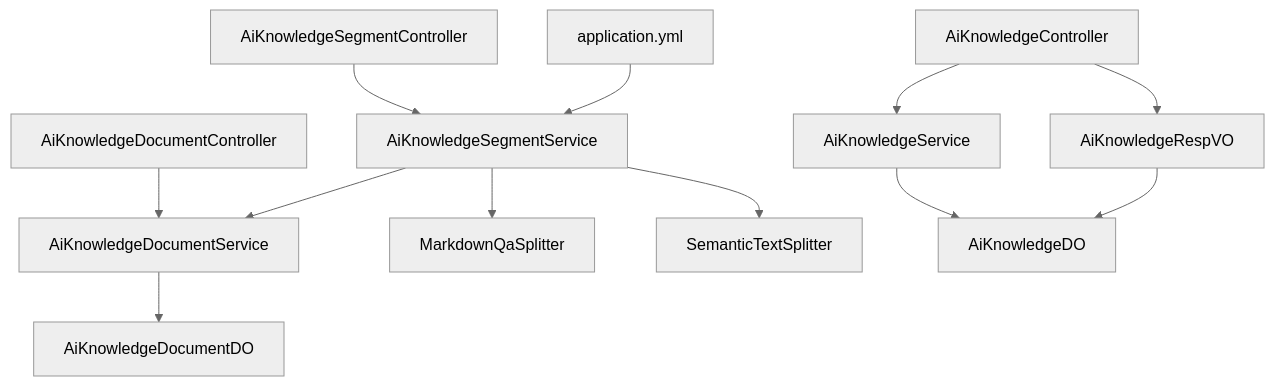
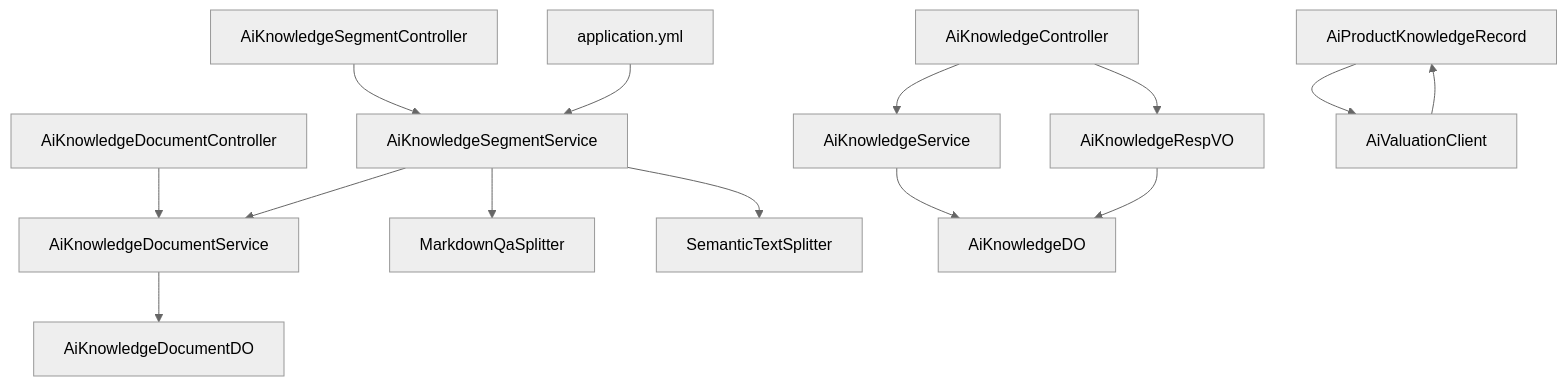
Before and after one commit to X555LB/data-ai: the ninth of 9 diagrams in .qoder/repowiki/zh/content/知识库管理系统/知识库管理系统.md, drawn with Mermaid (neutral theme). The commit also changed other lines of this file and 11 other files, not shown here.

````diff
--- a/.qoder/repowiki/zh/content/知识库管理系统/知识库管理系统.md
+++ b/.qoder/repowiki/zh/content/知识库管理系统/知识库管理系统.md
@@ -418,14 +488,16 @@
 ```mermaid
 graph TB
 C1["AiKnowledgeController"] --> S1["AiKnowledgeService"]
 C2["AiKnowledgeDocumentController"] --> S2["AiKnowledgeDocumentService"]
 C3["AiKnowledgeSegmentController"] --> S3["AiKnowledgeSegmentService"]
 S3 --> S2
 S3 --> Split1["MarkdownQaSplitter"]
 S3 --> Split2["SemanticTextSplitter"]
 S1 --> KDO["AiKnowledgeDO"]
 S2 --> DDO["AiKnowledgeDocumentDO"]
 C1 --> KResp["AiKnowledgeRespVO"]
 KResp --> KDO
+PR["AiProductKnowledgeRecord"] --> VC["AiValuationClient"]
+VC --> PR
 CFG["application.yml"] --> S3
 ```
````
